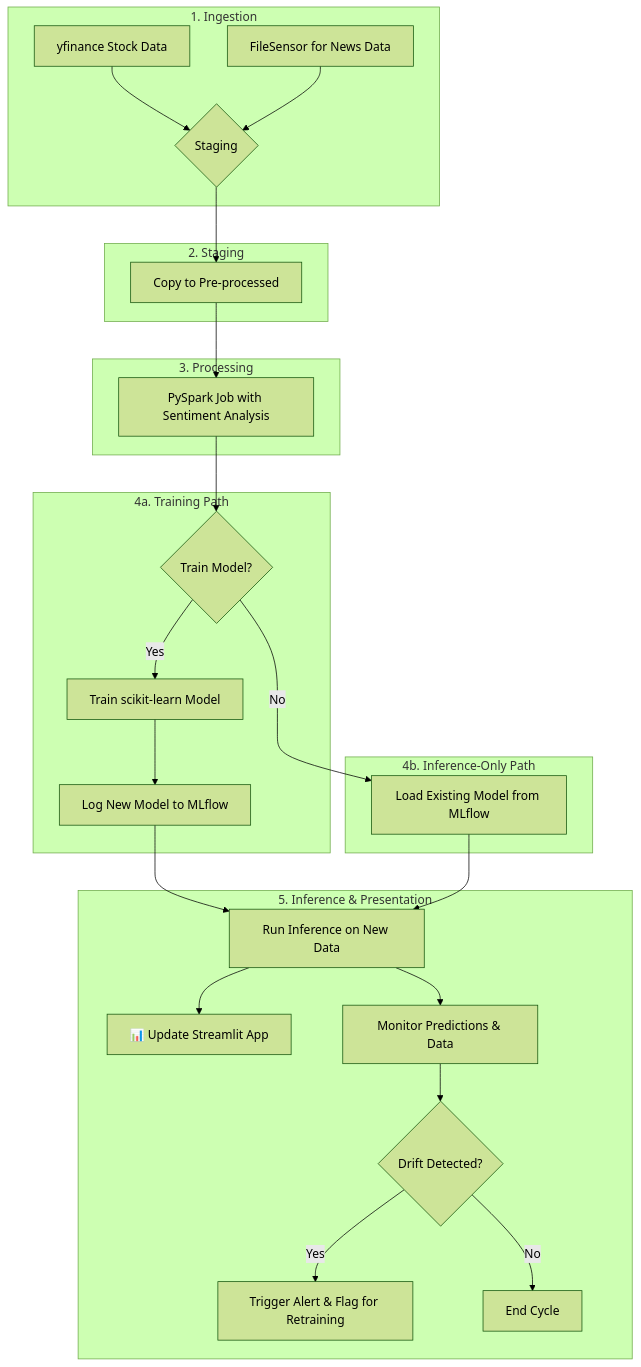
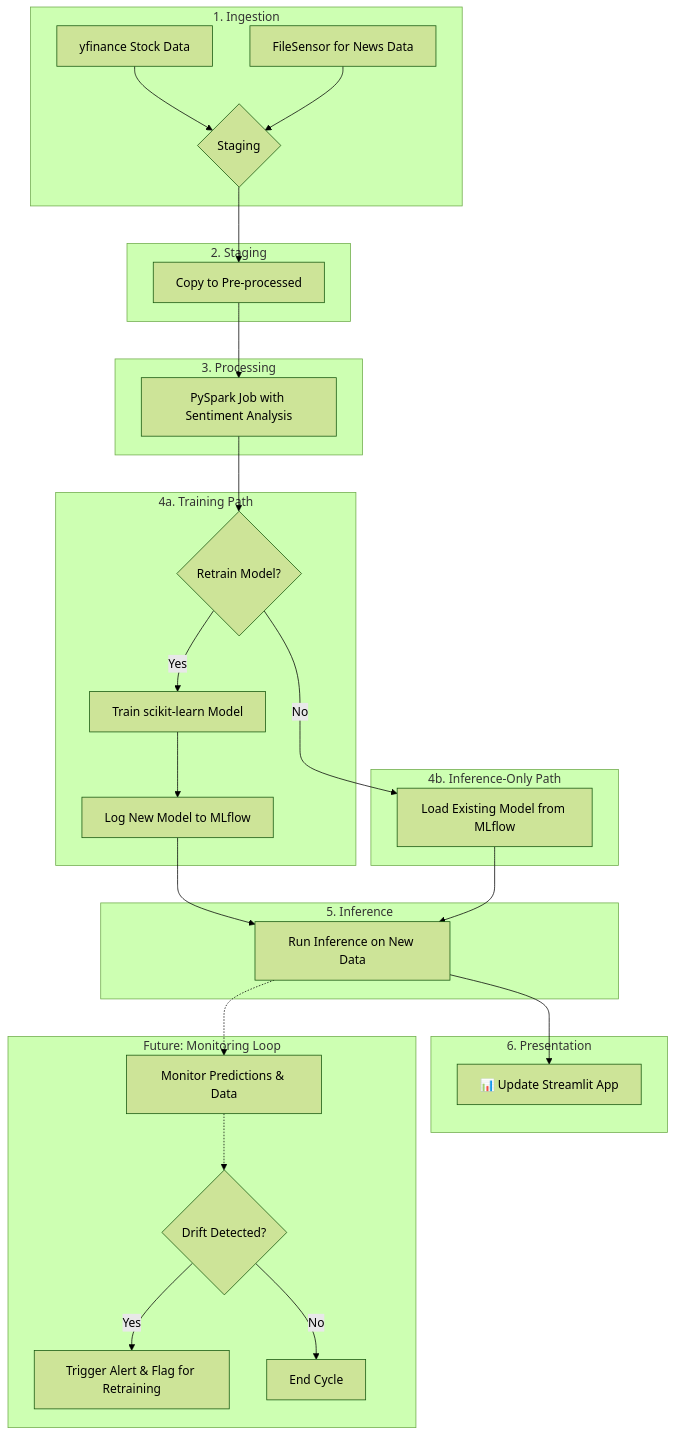
One commit to asupraja3/nlp-finance-forecast changed the diagram in README.md. Above: the diagram before and after it, drawn with Mermaid (forest theme).

Commit message:
Update decision point and inference presentation flow

````diff
--- a/README.md
+++ b/README.md
@@ -9,38 +9,44 @@
 ```mermaid
 graph TD
     subgraph "1. Ingestion"
         A[yfinance Stock Data] --> C{Staging};
         B[FileSensor for News Data] --> C;
     end
 
     subgraph "2. Staging"
         C --> D[Copy to Pre-processed];
     end
 
     subgraph "3. Processing"
         D --> E[PySpark Job with Sentiment Analysis];
     end
 
     %% --- The Decision Point ---
-    E --> I{Train Model?};
+    E --> I{Retrain Model?};
 
     subgraph "4a. Training Path"
         I -- Yes --> G[Train scikit-learn Model];
         G --> H[Log New Model to MLflow];
     end
 
     subgraph "4b. Inference-Only Path"
         I -- No --> J[Load Existing Model from MLflow];
     end
 
-    subgraph "5. Inference & Presentation"
-        %% Both paths lead to the inference task, which then updates the dashboard
+    subgraph "5. Inference"
         H --> K[Run Inference on New Data];
         J --> K;
+    end
+    
+    subgraph "6. Presentation"
         K --> L[📊 Update Streamlit App];
-        K --> M[Monitor Predictions & Data];
-        M --> N{Drift Detected?};
+    end
+
+    %% --- Future Work: Monitoring Loop ---
+    subgraph "Future: Monitoring Loop"
+        K -.-> M[Monitor Predictions & Data];
+        M -.-> N{Drift Detected?};
         N -- Yes --> O[Trigger Alert & Flag for Retraining];
         N -- No --> P[End Cycle];
     end
 ```
````
